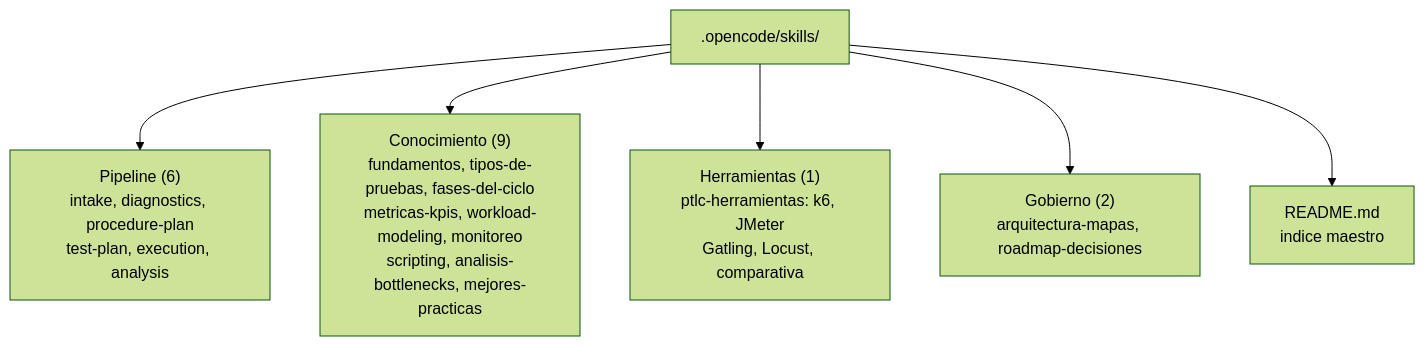
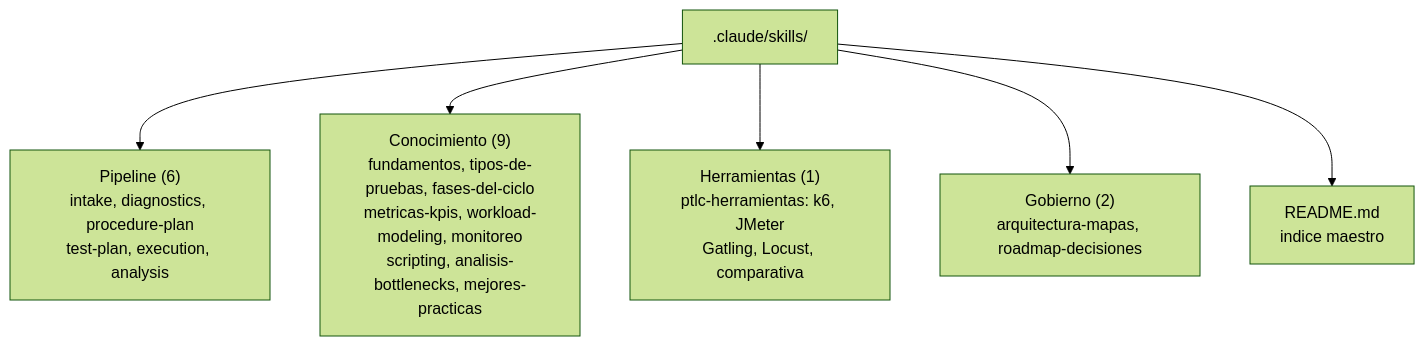
One commit to criquil/Intelligent_Performance_Test_Orchstrator changed the second of 2 diagrams in docs/02-arquitectura.md. Above: the diagram before and after it, drawn with Mermaid (forest theme). The commit also changed other lines of this file and 88 other files, not shown here.

````diff
--- a/docs/02-arquitectura.md
+++ b/docs/02-arquitectura.md
@@ -66,8 +66,8 @@
 ```mermaid
 graph TD
-    SKILLS[".opencode/skills/"] --> PIPE["Pipeline (6)<br/>intake, diagnostics, procedure-plan<br/>test-plan, execution, analysis"]
+    SKILLS[".claude/skills/"] --> PIPE["Pipeline (6)<br/>intake, diagnostics, procedure-plan<br/>test-plan, execution, analysis"]
     SKILLS --> KNOW["Conocimiento (9)<br/>fundamentos, tipos-de-pruebas, fases-del-ciclo<br/>metricas-kpis, workload-modeling, monitoreo<br/>scripting, analisis-bottlenecks, mejores-practicas"]
     SKILLS --> TOOLS["Herramientas (1)<br/>ptlc-herramientas: k6, JMeter<br/>Gatling, Locust, comparativa"]
     SKILLS --> GOV["Gobierno (2)<br/>arquitectura-mapas, roadmap-decisiones"]
     SKILLS --> IDX["README.md<br/>indice maestro"]
 ```
````
